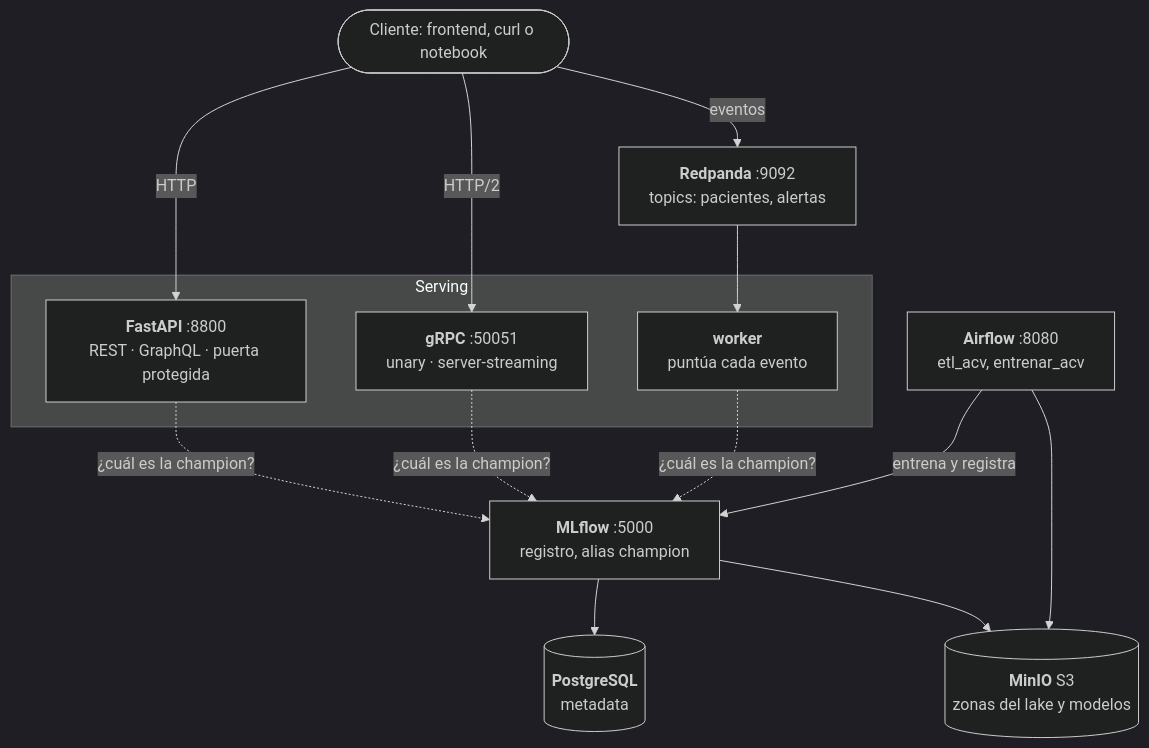
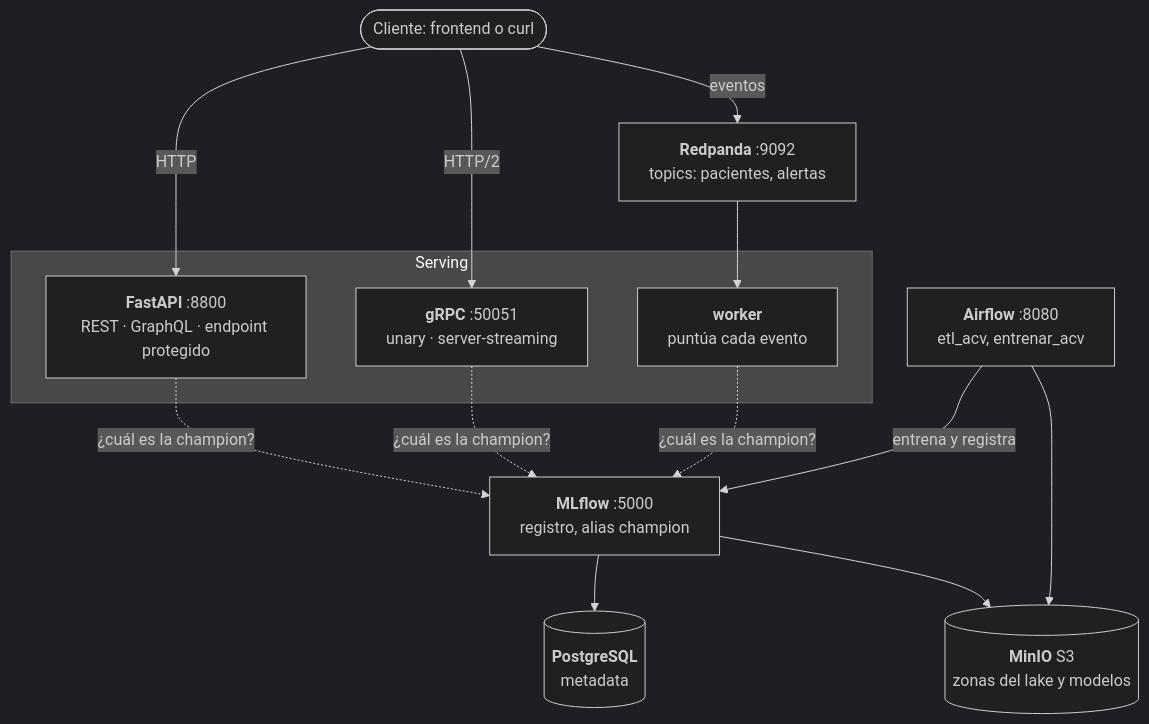
One commit to antonellagambarte/MLOps2-MIA changed the diagram in integrador/README.md. Above: the diagram before and after it, drawn with Mermaid (dark theme). The commit also changed other lines of this file and 28 other files, not shown here.

````diff
--- a/integrador/README.md
+++ b/integrador/README.md
@@ -60,30 +61,30 @@
 ```mermaid
 flowchart TB
-    cliente(["Cliente: frontend, curl o notebook"])
+    cliente(["Cliente: frontend o curl"])
 
     subgraph serving["Serving"]
-        fastapi["<b>FastAPI</b> :8800<br/>REST · GraphQL · puerta protegida"]
+        fastapi["<b>FastAPI</b> :8800<br/>REST · GraphQL · endpoint protegido"]
         grpc["<b>gRPC</b> :50051<br/>unary · server-streaming"]
         worker["<b>worker</b><br/>puntúa cada evento"]
     end
 
     redpanda["<b>Redpanda</b> :9092<br/>topics: pacientes, alertas"]
     mlflow["<b>MLflow</b> :5000<br/>registro, alias champion"]
     airflow["<b>Airflow</b> :8080<br/>etl_acv, entrenar_acv"]
     minio[("<b>MinIO</b> S3<br/>zonas del lake y modelos")]
     postgres[("<b>PostgreSQL</b><br/>metadata")]
 
     cliente -->|HTTP| fastapi
     cliente -->|HTTP/2| grpc
     cliente -->|eventos| redpanda
     redpanda --> worker
 
     airflow -->|entrena y registra| mlflow
     airflow --> minio
     mlflow --> postgres
     mlflow --> minio
 
     fastapi -.->|¿cuál es la champion?| mlflow
     grpc -.->|¿cuál es la champion?| mlflow
     worker -.->|¿cuál es la champion?| mlflow
 ```
````
